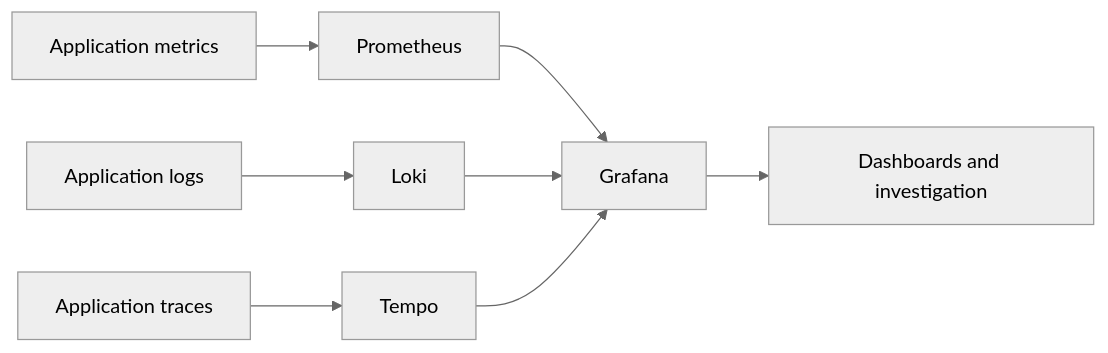
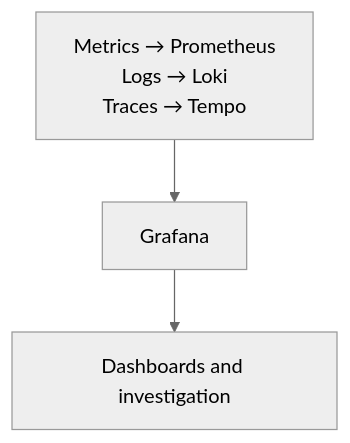
The diagram in docs/platform-engineering/observability/grafana.md (DonalGeraghty/study-repository), drawn with Mermaid (neutral theme) before and after one commit. The commit also changed 17 other files, not shown here.

First line of the commit message:
Tighten Mermaid layout readability

````diff
--- a/docs/platform-engineering/observability/grafana.md
+++ b/docs/platform-engineering/observability/grafana.md
@@ -24,10 +24,5 @@
 ```mermaid
-flowchart LR
-    A[Application metrics] --> P[Prometheus]
-    B[Application logs] --> L[Loki]
-    C[Application traces] --> T[Tempo]
-    P --> G[Grafana]
-    L --> G
-    T --> G
+flowchart TD
+    A["Metrics → Prometheus<br/>Logs → Loki<br/>Traces → Tempo"] --> G[Grafana]
     G --> D[Dashboards and investigation]
 ```
````
